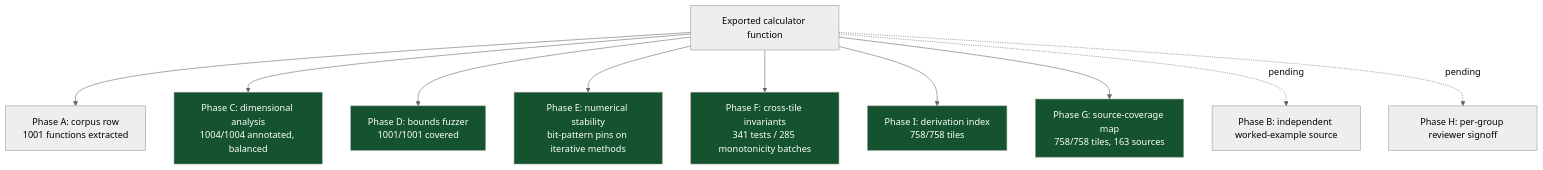
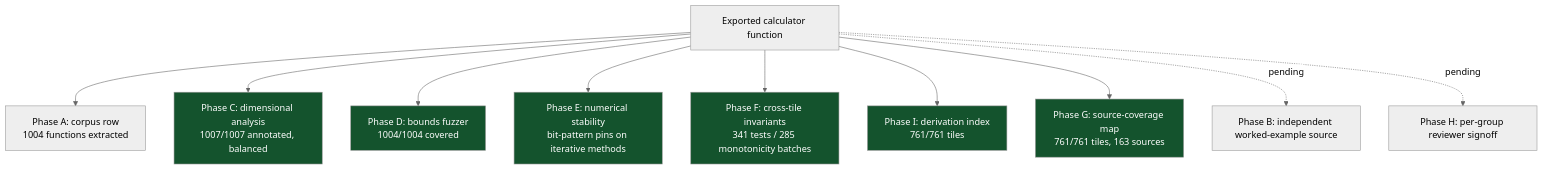
One commit to clay-good/roughlogic.com changed the sixth of 8 diagrams in README.md. Above: the diagram before and after it, drawn with Mermaid (neutral theme). The commit also changed other lines of this file and 18 other files, not shown here.

````diff
--- a/README.md
+++ b/README.md
@@ -519,18 +519,18 @@
 ```mermaid
 flowchart TB
-    F[Exported calculator function] --> A[Phase A: corpus row\n1001 functions extracted]
-    F --> C[Phase C: dimensional analysis\n1004/1004 annotated, balanced]
-    F --> D[Phase D: bounds fuzzer\n1001/1001 covered]
+    F[Exported calculator function] --> A[Phase A: corpus row\n1004 functions extracted]
+    F --> C[Phase C: dimensional analysis\n1007/1007 annotated, balanced]
+    F --> D[Phase D: bounds fuzzer\n1004/1004 covered]
     F --> E[Phase E: numerical stability\nbit-pattern pins on iterative methods]
     F --> Fa[Phase F: cross-tile invariants\n341 tests / 285 monotonicity batches]
-    F --> I[Phase I: derivation index\n758/758 tiles]
-    F --> G[Phase G: source-coverage map\n758/758 tiles, 163 sources]
+    F --> I[Phase I: derivation index\n761/761 tiles]
+    F --> G[Phase G: source-coverage map\n761/761 tiles, 163 sources]
     F -.pending.-> B[Phase B: independent worked-example source]
     F -.pending.-> H[Phase H: per-group reviewer signoff]
     style C fill:#14532d,color:#fff
     style D fill:#14532d,color:#fff
     style E fill:#14532d,color:#fff
     style Fa fill:#14532d,color:#fff
     style G fill:#14532d,color:#fff
     style I fill:#14532d,color:#fff
 ```
````
